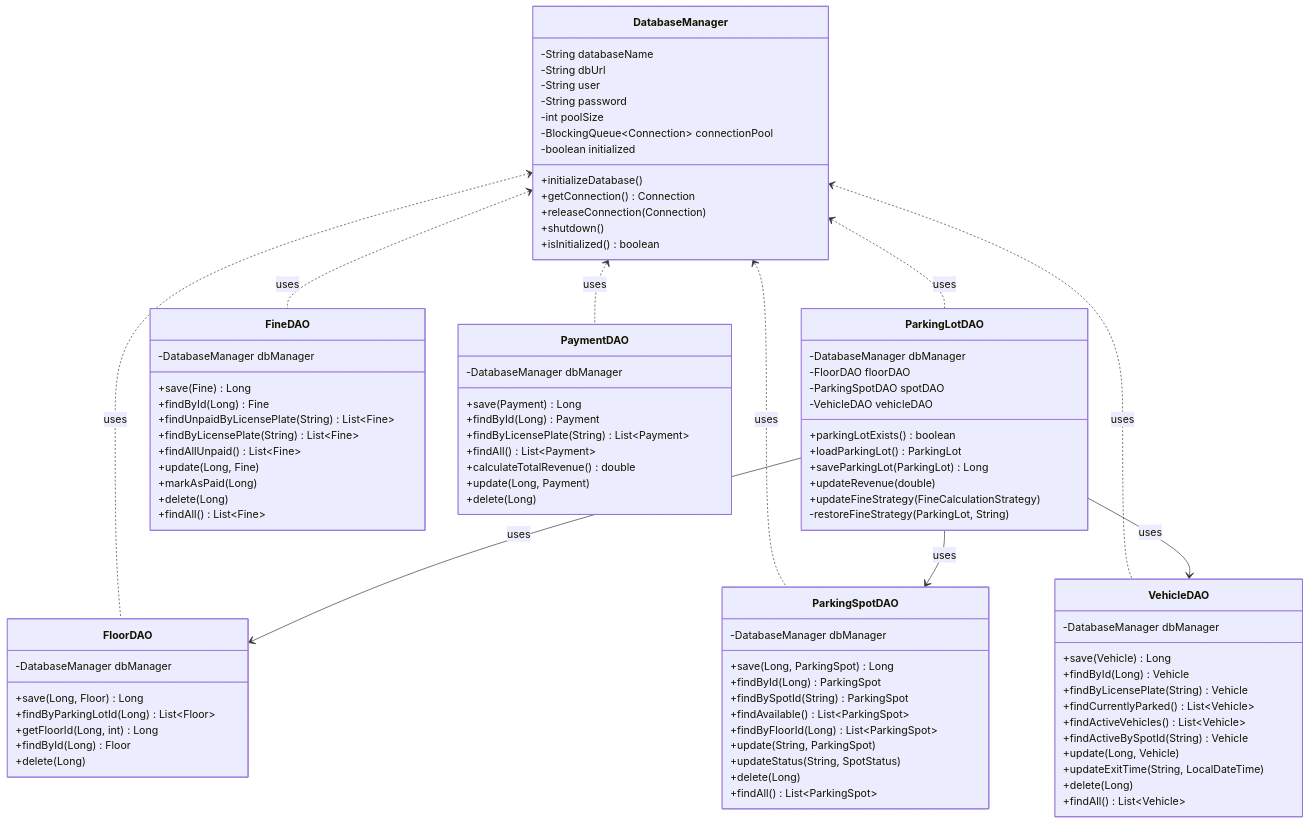
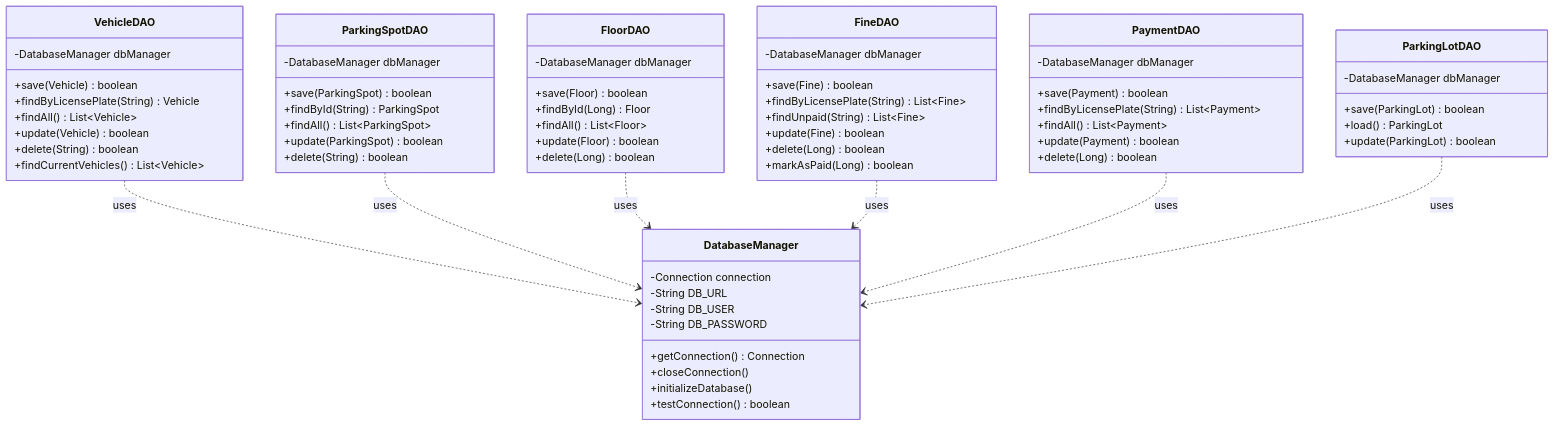
Before and after one commit to Jinyuanmak/OOAD-Assignment: the fourth of 19 diagrams in UML_DIAGRAMS.md, drawn with Mermaid. The commit also changed other lines of this file and 11 other files, not shown here.

````diff
--- a/UML_DIAGRAMS.md
+++ b/UML_DIAGRAMS.md
@@ -207,101 +201,74 @@
 ```mermaid
 classDiagram
     class DatabaseManager {
-        -String databaseName
-        -String dbUrl
-        -String user
-        -String password
-        -int poolSize
-        -BlockingQueue~Connection~ connectionPool
-        -boolean initialized
+        -Connection connection
+        -String DB_URL
+        -String DB_USER
+        -String DB_PASSWORD
+        +getConnection() Connection
+        +closeConnection()
         +initializeDatabase()
-        +getConnection() Connection
-        +releaseConnection(Connection)
-        +shutdown()
-        +isInitialized() boolean
+        +testConnection() boolean
     }
-
+    
+    class VehicleDAO {
+        -DatabaseManager dbManager
+        +save(Vehicle) boolean
+        +findByLicensePlate(String) Vehicle
+        +findAll() List~Vehicle~
+        +update(Vehicle) boolean
+        +delete(String) boolean
+        +findCurrentVehicles() List~Vehicle~
+    }
+    
+    class ParkingSpotDAO {
+        -DatabaseManager dbManager
+        +save(ParkingSpot) boolean
+        +findById(String) ParkingSpot
+        +findAll() List~ParkingSpot~
+        +update(ParkingSpot) boolean
+        +delete(String) boolean
+    }
+    
+    class FloorDAO {
+        -DatabaseManager dbManager
+        +save(Floor) boolean
+        +findById(Long) Floor
+        +findAll() List~Floor~
+        +update(Floor) boolean
+        +delete(Long) boolean
+    }
+    
+    class FineDAO {
+        -DatabaseManager dbManager
+        +save(Fine) boolean
+        +findByLicensePlate(String) List~Fine~
+        +findUnpaid(String) List~Fine~
+        +update(Fine) boolean
+        +delete(Long) boolean
+        +markAsPaid(Long) boolean
+    }
+    
+    class PaymentDAO {
+        -DatabaseManager dbManager
+        +save(Payment) boolean
+        +findByLicensePlate(String) List~Payment~
+        +findAll() List~Payment~
+        +update(Payment) boolean
+        +delete(Long) boolean
+    }
+    
     class ParkingLotDAO {
         -DatabaseManager dbManager
-        -FloorDAO floorDAO
-        -ParkingSpotDAO spotDAO
-        -VehicleDAO vehicleDAO
-        +parkingLotExists() boolean
-        +loadParkingLot() ParkingLot
-        +saveParkingLot(ParkingLot) Long
-        +updateRevenue(double)
-        +updateFineStrategy(FineCalculationStrategy)
-        -restoreFineStrategy(ParkingLot, String)
+        +save(ParkingLot) boolean
+        +load() ParkingLot
+        +update(ParkingLot) boolean
     }
-
-    class FloorDAO {
-        -DatabaseManager dbManager
-        +save(Long, Floor) Long
-        +findByParkingLotId(Long) List~Floor~
-        +getFloorId(Long, int) Long
-        +findById(Long) Floor
-        +delete(Long)
-    }
-
-    class ParkingSpotDAO {
-        -DatabaseManager dbManager
-        +save(Long, ParkingSpot) Long
-        +findById(Long) ParkingSpot
-        +findBySpotId(String) ParkingSpot
-        +findAvailable() List~ParkingSpot~
-        +findByFloorId(Long) List~ParkingSpot~
-        +update(String, ParkingSpot)
-        +updateStatus(String, SpotStatus)
-        +delete(Long)
-        +findAll() List~ParkingSpot~
-    }
-
-    class VehicleDAO {
-        -DatabaseManager dbManager
-        +save(Vehicle) Long
-        +findById(Long) Vehicle
-        +findByLicensePlate(String) Vehicle
-        +findCurrentlyParked() List~Vehicle~
-        +findActiveVehicles() List~Vehicle~
-        +findActiveBySpotId(String) Vehicle
-        +update(Long, Vehicle)
-        +updateExitTime(String, LocalDateTime)
-        +delete(Long)
-        +findAll() List~Vehicle~
-    }
-
-    class FineDAO {
-        -DatabaseManager dbManager
-        +save(Fine) Long
-        +findById(Long) Fine
-        +findUnpaidByLicensePlate(String) List~Fine~
-        +findByLicensePlate(String) List~Fine~
-        +findAllUnpaid() List~Fine~
-        +update(Long, Fine)
-        +markAsPaid(Long)
-        +delete(Long)
-        +findAll() List~Fine~
-    }
-
-    class PaymentDAO {
-        -DatabaseManager dbManager
-        +save(Payment) Long
-        +findById(Long) Payment
-        +findByLicensePlate(String) List~Payment~
-        +findAll() List~Payment~
-        +calculateTotalRevenue() double
-        +update(Long, Payment)
-        +delete(Long)
-    }
-
-    DatabaseManager <.. ParkingLotDAO : uses
-    DatabaseManager <.. FloorDAO : uses
-    DatabaseManager <.. ParkingSpotDAO : uses
-    DatabaseManager <.. VehicleDAO : uses
-    DatabaseManager <.. FineDAO : uses
-    DatabaseManager <.. PaymentDAO : uses
     
-    ParkingLotDAO --> FloorDAO : uses
-    ParkingLotDAO --> ParkingSpotDAO : uses
-    ParkingLotDAO --> VehicleDAO : uses
+    VehicleDAO ..> DatabaseManager : uses
+    ParkingSpotDAO ..> DatabaseManager : uses
+    FloorDAO ..> DatabaseManager : uses
+    FineDAO ..> DatabaseManager : uses
+    PaymentDAO ..> DatabaseManager : uses
+    ParkingLotDAO ..> DatabaseManager : uses
 ```
````
